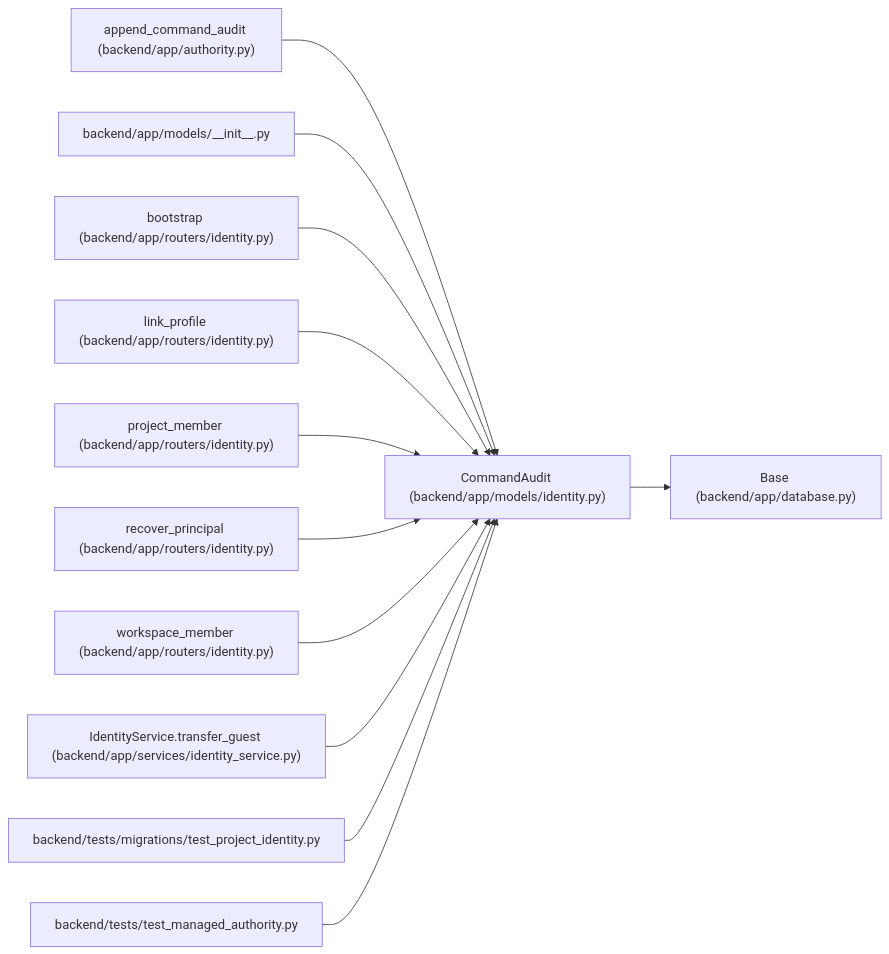
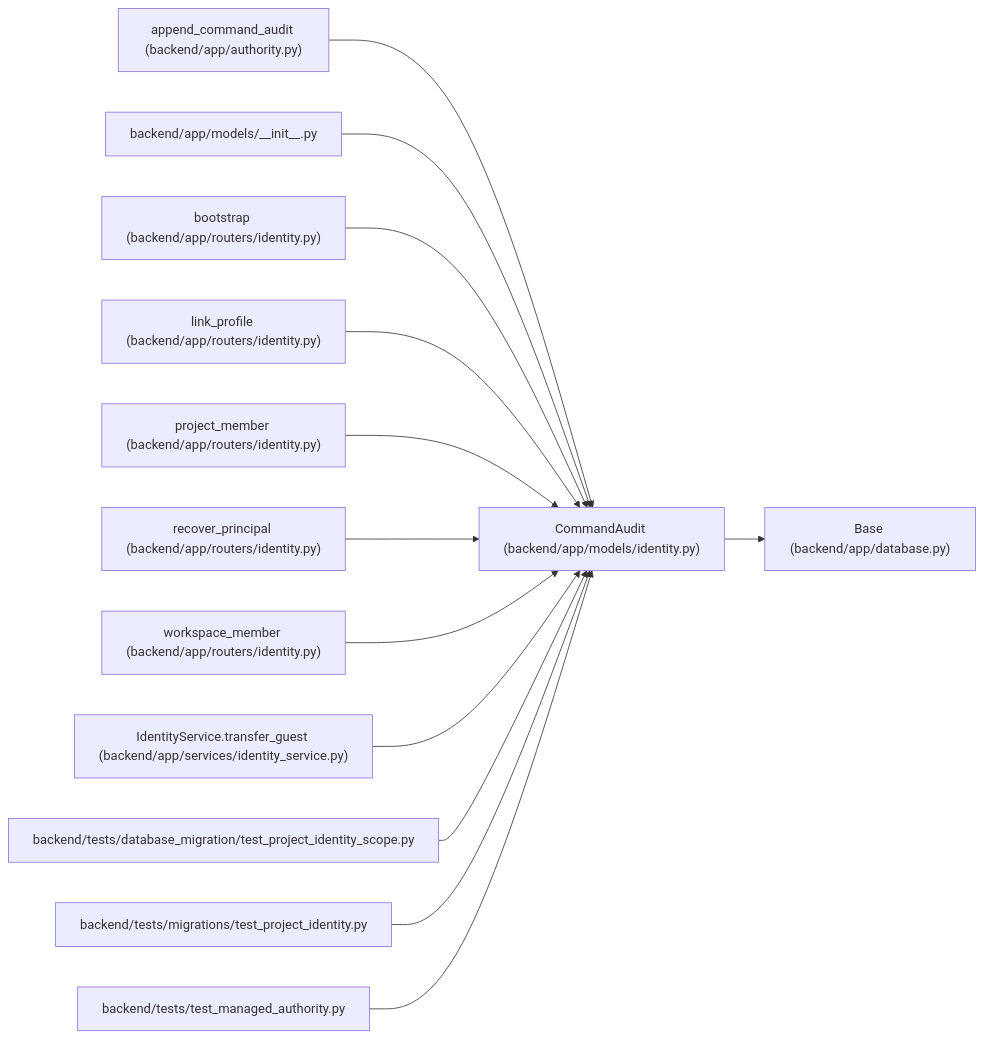
One commit to Denissvgn/WorkChord changed the diagram in docs/llm_wiki/entities/CommandAudit.md. Above: the diagram before and after it, drawn with Mermaid. The commit also changed other lines of this file and 305 other files, not shown here.

````diff
--- a/docs/llm_wiki/entities/CommandAudit.md
+++ b/docs/llm_wiki/entities/CommandAudit.md
@@ -33,38 +33,41 @@
 ```mermaid
 flowchart LR
     n0["CommandAudit (backend/app/models/identity.py)"]
     n1["Base (backend/app/database.py)"]
     n2["append_command_audit (backend/app/authority.py)"]
     n3["backend/app/models/__init__.py"]
     n4["bootstrap (backend/app/routers/identity.py)"]
     n5["link_profile (backend/app/routers/identity.py)"]
     n6["project_member (backend/app/routers/identity.py)"]
     n7["recover_principal (backend/app/routers/identity.py)"]
     n8["workspace_member (backend/app/routers/identity.py)"]
     n9["IdentityService.transfer_guest (backend/app/services/identity_service.py)"]
-    n10["backend/tests/migrations/test_project_identity.py"]
-    n11["backend/tests/test_managed_authority.py"]
+    n10["backend/tests/database_migration/test_project_identity_scope.py"]
+    n11["backend/tests/migrations/test_project_identity.py"]
+    n12["backend/tests/test_managed_authority.py"]
     n0 --> n1
     n2 --> n0
     n3 --> n0
     n4 --> n0
     n5 --> n0
     n6 --> n0
     n7 --> n0
     n8 --> n0
     n9 --> n0
     n10 --> n0
     n11 --> n0
+    n12 --> n0
     click n0 "../modules/models_identity.md"
     click n1 "../modules/app_database.md"
     click n2 "../modules/authority.md"
     click n3 "../modules/models___init__.md"
     click n4 "../modules/routers_identity.md"
     click n5 "../modules/routers_identity.md"
     click n6 "../modules/routers_identity.md"
     click n7 "../modules/routers_identity.md"
     click n8 "../modules/routers_identity.md"
     click n9 "../modules/identity_service.md"
-    click n10 "../modules/test_project_identity.md"
-    click n11 "../modules/test_managed_authority.md"
+    click n10 "../modules/test_project_identity_scope.md"
+    click n11 "../modules/test_project_identity.md"
+    click n12 "../modules/test_managed_authority.md"
 ```
````
